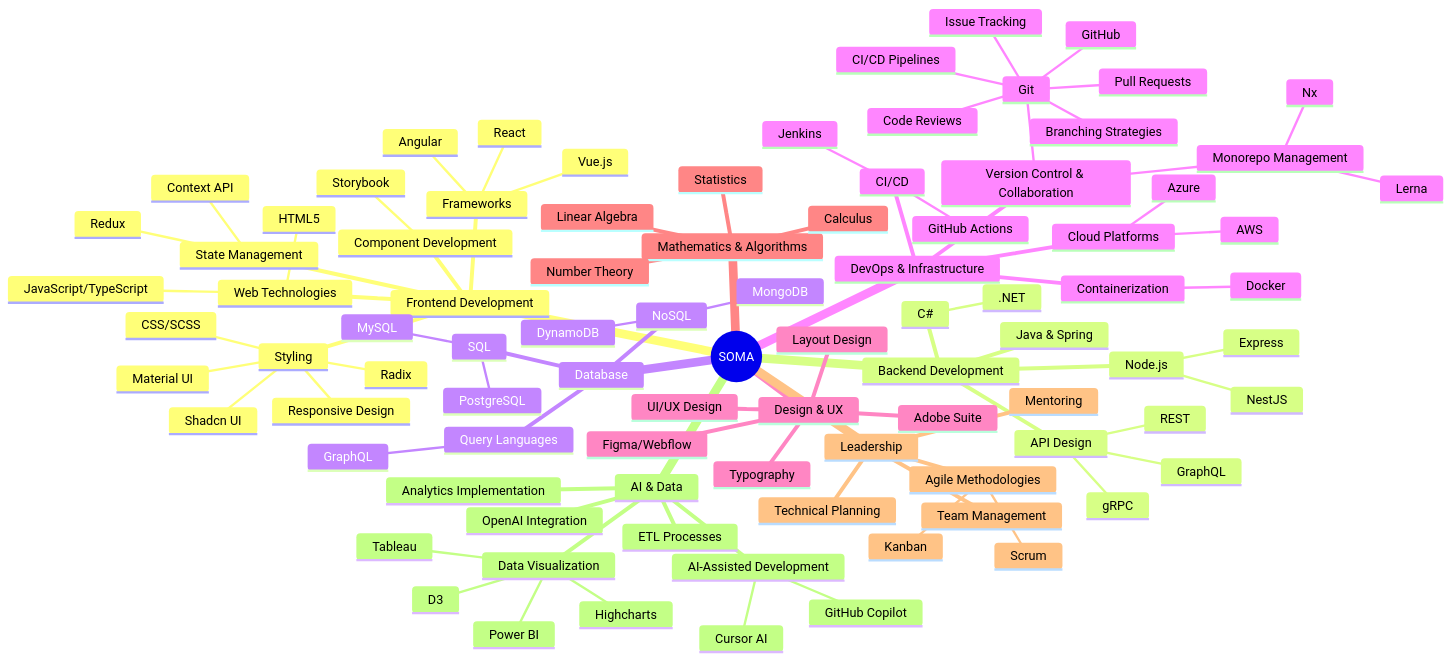
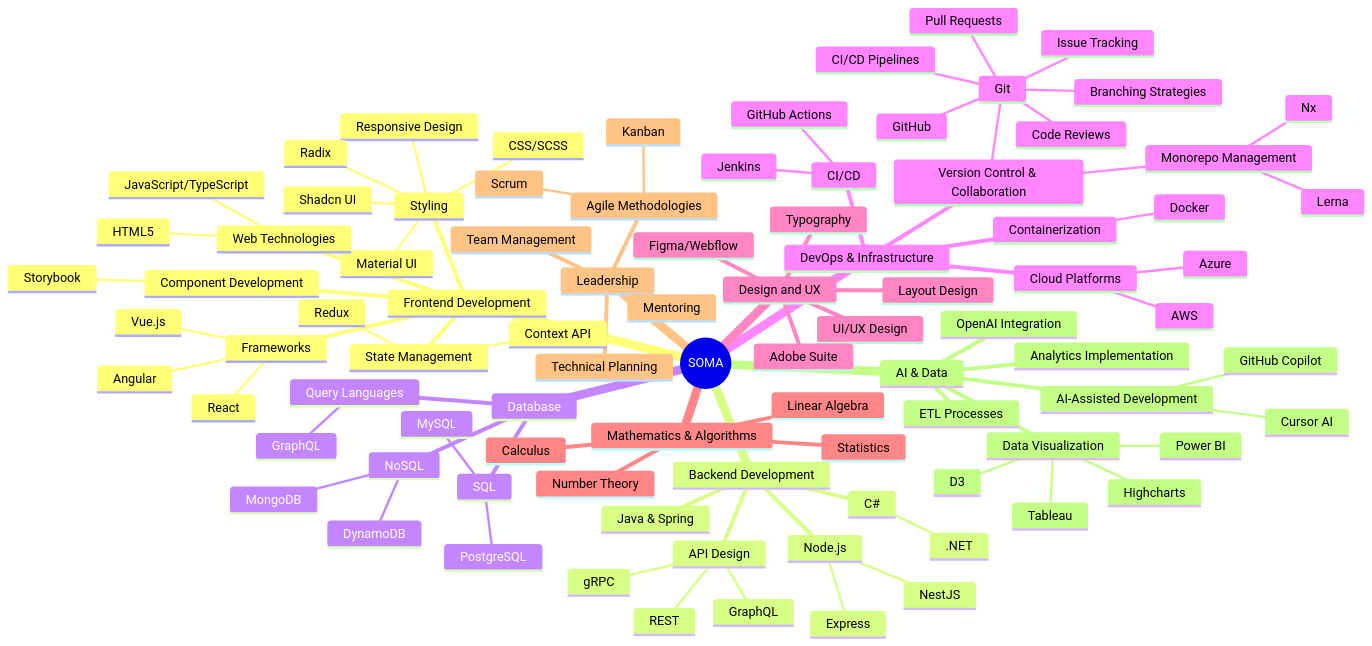
The diagram in SomaHargitai_CV.MD (somahargitai/somahargitai), drawn with Mermaid before and after one commit.

Commit message:
fix ampersand mermaid problem

```diff
--- a/SomaHargitai_CV.MD
+++ b/SomaHargitai_CV.MD
@@ -86,7 +86,7 @@
         Monorepo Management
           Nx
           Lerna
-    Design & UX
+    Design and UX
       Typography
       UI/UX Design
       Layout Design
```
